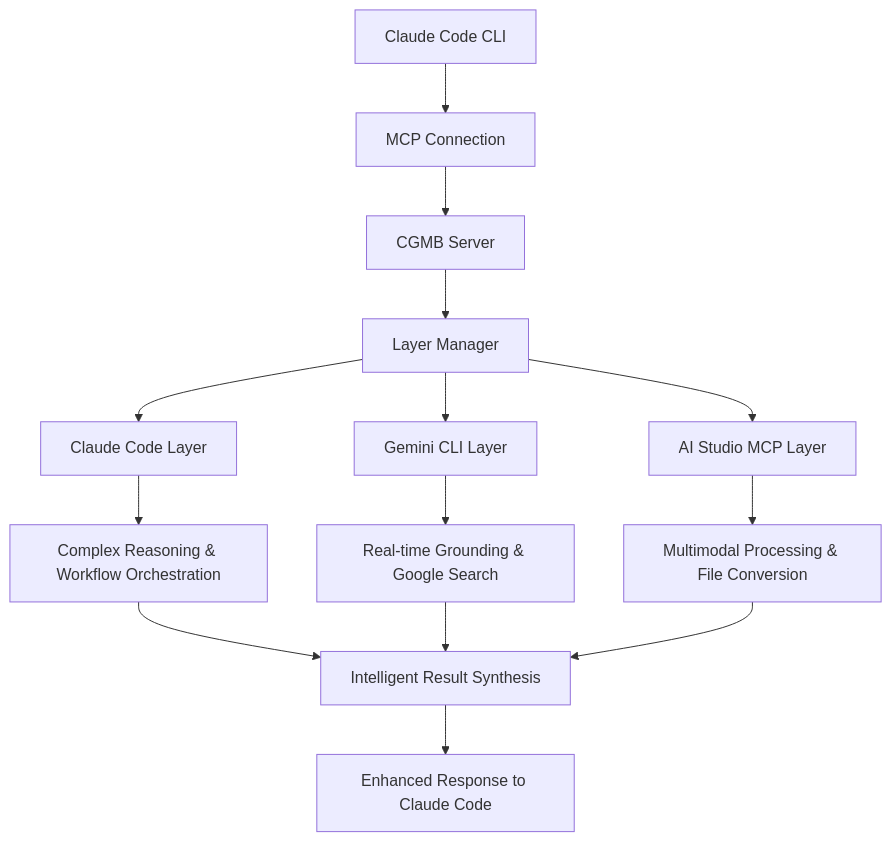
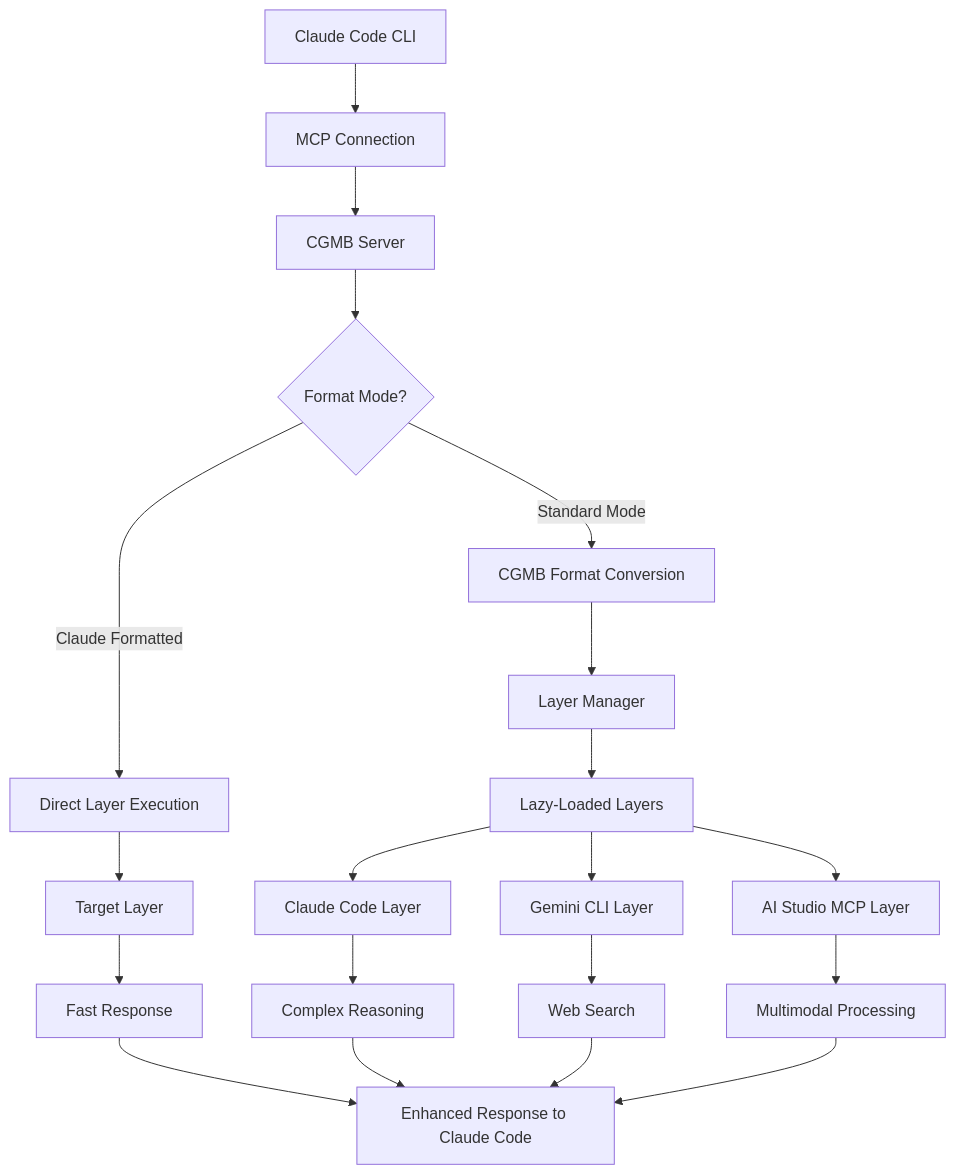
The diagram in README.md (goodaymmm/claude-gemini-multimodal-bridge), drawn with Mermaid before and after one commit. The commit also changed other lines of this file and 4 other files, not shown here.

First line of the commit message:
🚀 Performance Architecture: Claude Code formatting & lazy initialization v1.0.0

````diff
--- a/README.md
+++ b/README.md
@@ -95,19 +95,28 @@
 ```mermaid
 graph TD
     A[Claude Code CLI] --> B[MCP Connection]
     B --> C[CGMB Server]
-    C --> D[Layer Manager]
-    D --> E[Claude Code Layer]
-    D --> F[Gemini CLI Layer]  
-    D --> G[AI Studio MCP Layer]
     
-    E --> H[Complex Reasoning & Workflow Orchestration]
-    F --> I[Real-time Grounding & Google Search]
-    G --> J[Multimodal Processing & File Conversion]
+    C --> D{Format Mode?}
     
-    H --> K[Intelligent Result Synthesis]
-    I --> K
-    J --> K
+    D -->|Claude Formatted| E[Direct Layer Execution]
+    D -->|Standard Mode| F[CGMB Format Conversion]
     
-    K --> L[Enhanced Response to Claude Code]
+    E --> G[Target Layer]
+    F --> H[Layer Manager]
+    
+    H --> I[Lazy-Loaded Layers]
+    I --> J[Claude Code Layer]
+    I --> K[Gemini CLI Layer]  
+    I --> L[AI Studio MCP Layer]
+    
+    G --> M[Fast Response]
+    J --> N[Complex Reasoning]
+    K --> O[Web Search]
+    L --> P[Multimodal Processing]
+    
+    M --> Q[Enhanced Response to Claude Code]
+    N --> Q
+    O --> Q
+    P --> Q
 ```
````
